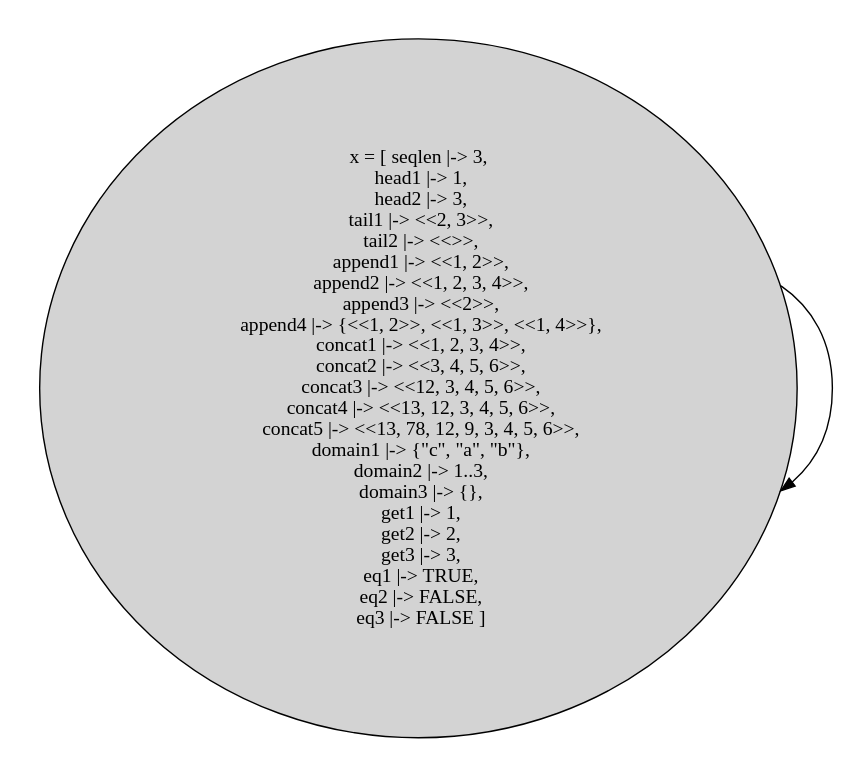
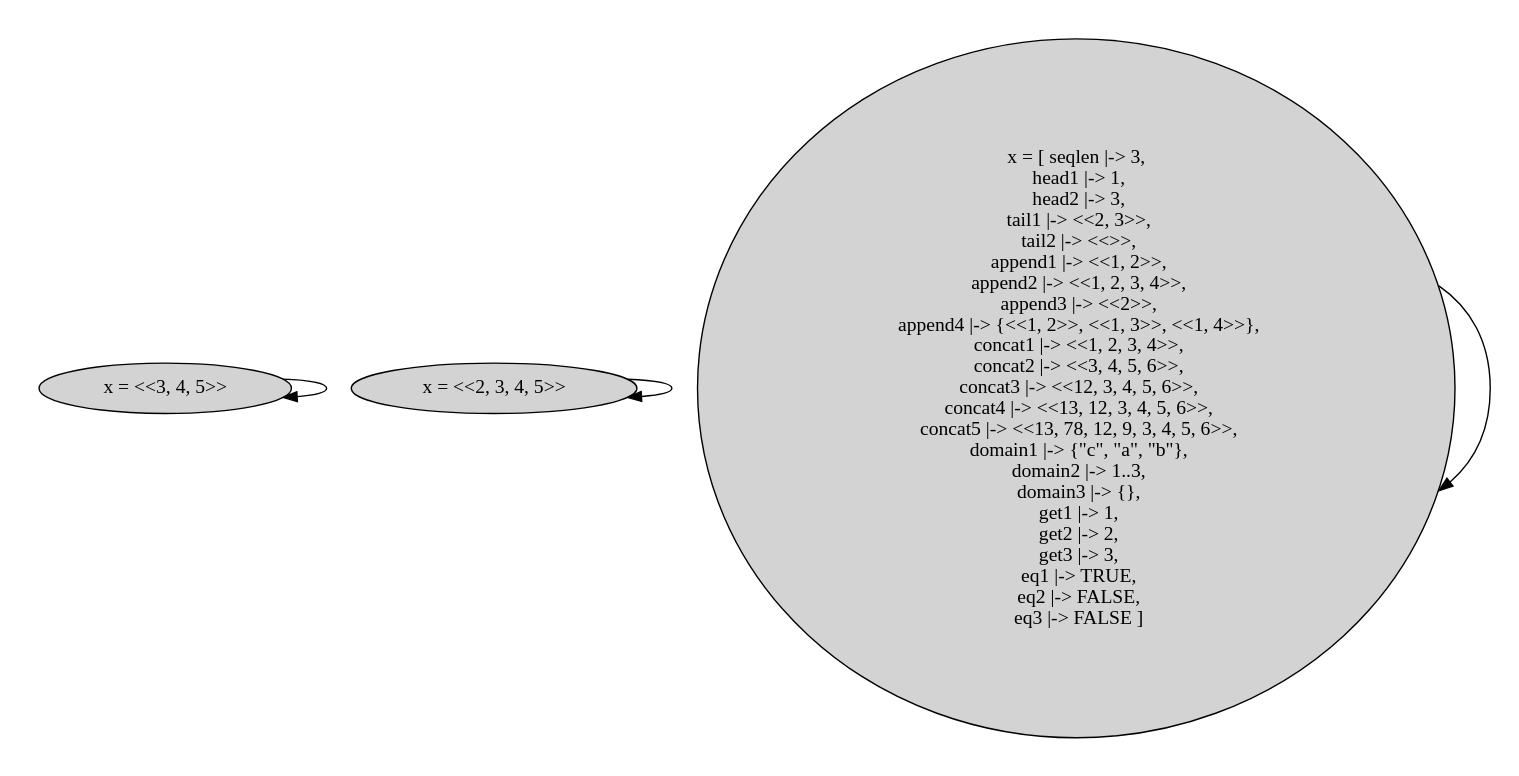
The diagram in specs/with_state_graphs/simple_seq.tla.dot (will62794/tla-web), drawn with Graphviz before and after one commit. The commit also changed 3 other files, not shown here.

```diff
--- a/specs/with_state_graphs/simple_seq.tla.dot
+++ b/specs/with_state_graphs/simple_seq.tla.dot
@@ -1,9 +1,13 @@
 strict digraph DiskGraph {
 nodesep=0.35;
 subgraph cluster_graph {
 color="white";
 -1699215315842779918 [label="x = [ seqlen |-> 3,\n  head1 |-> 1,\n  head2 |-> 3,\n  tail1 |-> <<2, 3>>,\n  tail2 |-> <<>>,\n  append1 |-> <<1, 2>>,\n  append2 |-> <<1, 2, 3, 4>>,\n  append3 |-> <<2>>,\n  append4 |-> {<<1, 2>>, <<1, 3>>, <<1, 4>>},\n  concat1 |-> <<1, 2, 3, 4>>,\n  concat2 |-> <<3, 4, 5, 6>>,\n  concat3 |-> <<12, 3, 4, 5, 6>>,\n  concat4 |-> <<13, 12, 3, 4, 5, 6>>,\n  concat5 |-> <<13, 78, 12, 9, 3, 4, 5, 6>>,\n  domain1 |-> {\"c\", \"a\", \"b\"},\n  domain2 |-> 1..3,\n  domain3 |-> {},\n  get1 |-> 1,\n  get2 |-> 2,\n  get3 |-> 3,\n  eq1 |-> TRUE,\n  eq2 |-> FALSE,\n  eq3 |-> FALSE ]",style = filled]
+6803286362328782140 [label="x = <<2, 3, 4, 5>>",style = filled]
+6687976021514864006 [label="x = <<3, 4, 5>>",style = filled]
 -1699215315842779918 -> -1699215315842779918 [label="",color="black",fontcolor="black"];
-{rank = same; -1699215315842779918;}
+6803286362328782140 -> 6803286362328782140 [label="",color="black",fontcolor="black"];
+6687976021514864006 -> 6687976021514864006 [label="",color="black",fontcolor="black"];
+{rank = same; -1699215315842779918;6803286362328782140;6687976021514864006;}
 }
 }
```
